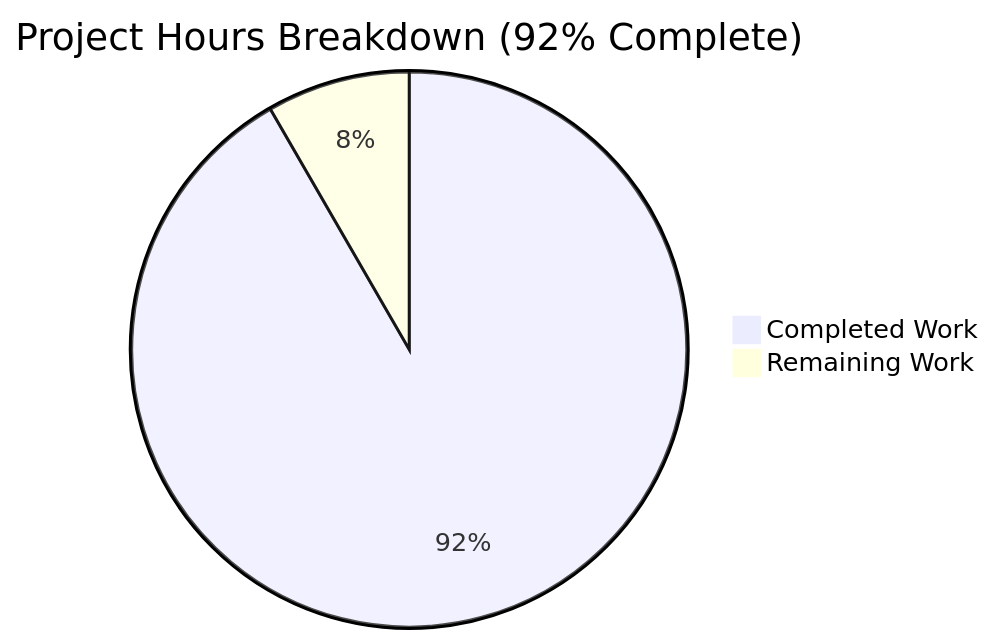
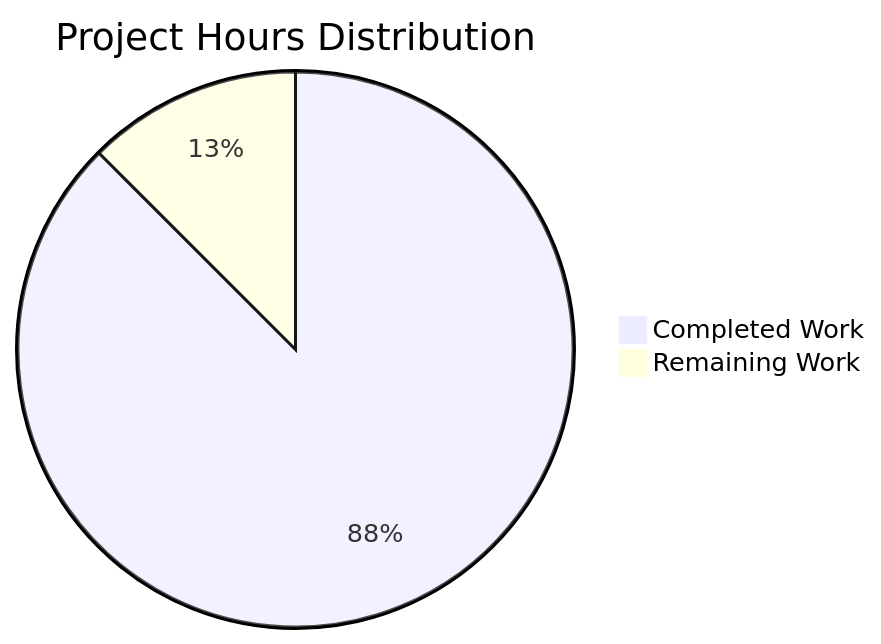
The diagram in blitzy/documentation/Project Guide.md (lakshya-blitzy/hello_world_Oct_2025), drawn with Mermaid before and after one commit. The commit also changed other lines of this file, not shown here.

Commit message:
Adding Blitzy Project Guide: Project Status and Human Tasks Remaining

````diff
--- a/blitzy/documentation/Project Guide.md
+++ b/blitzy/documentation/Project Guide.md
@@ -25,5 +26,5 @@
 ```mermaid
-pie title Project Hours Breakdown (92% Complete)
-    "Completed Work" : 22
-    "Remaining Work" : 2
+pie title Project Hours Distribution
+    "Completed Work" : 35
+    "Remaining Work" : 5
 ```
````
